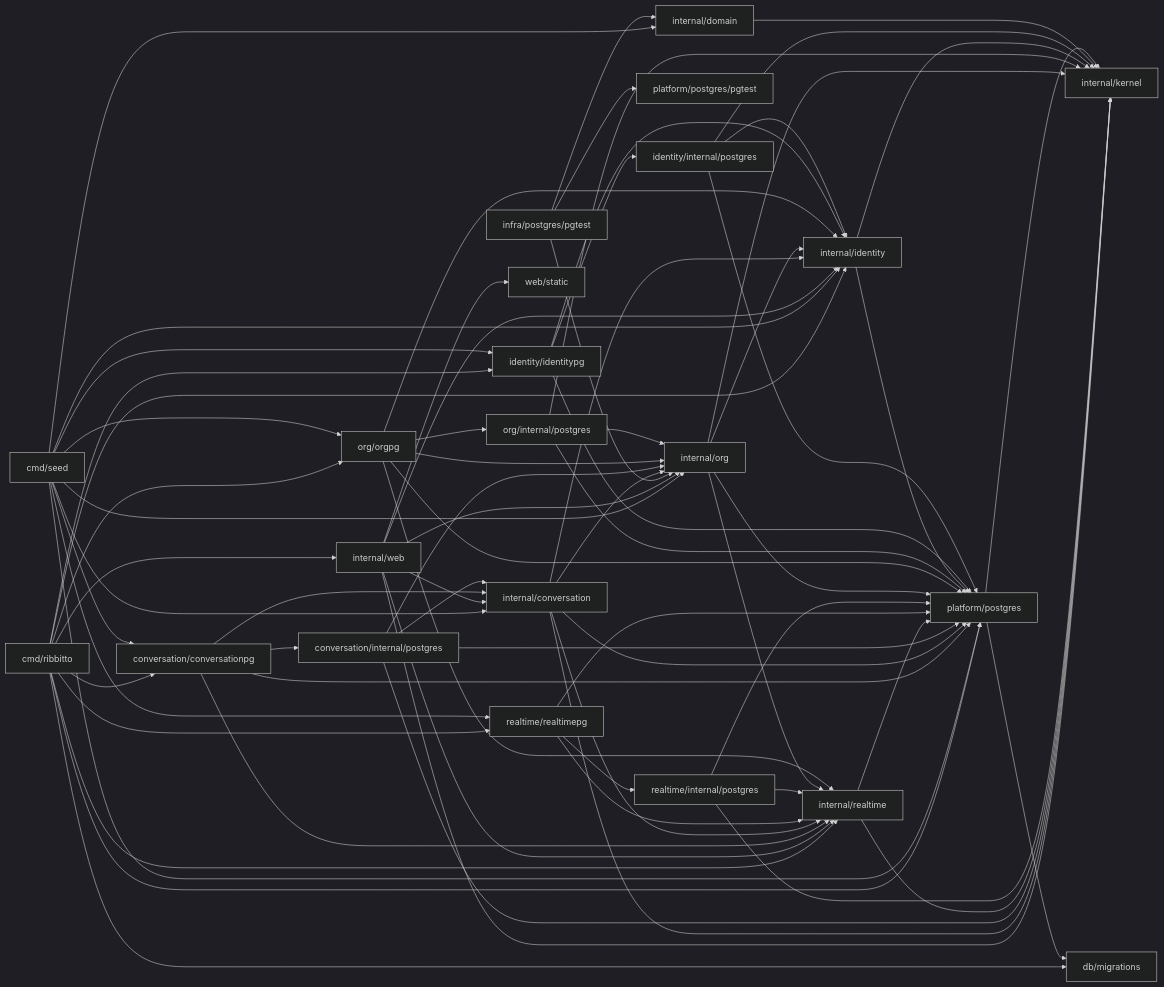
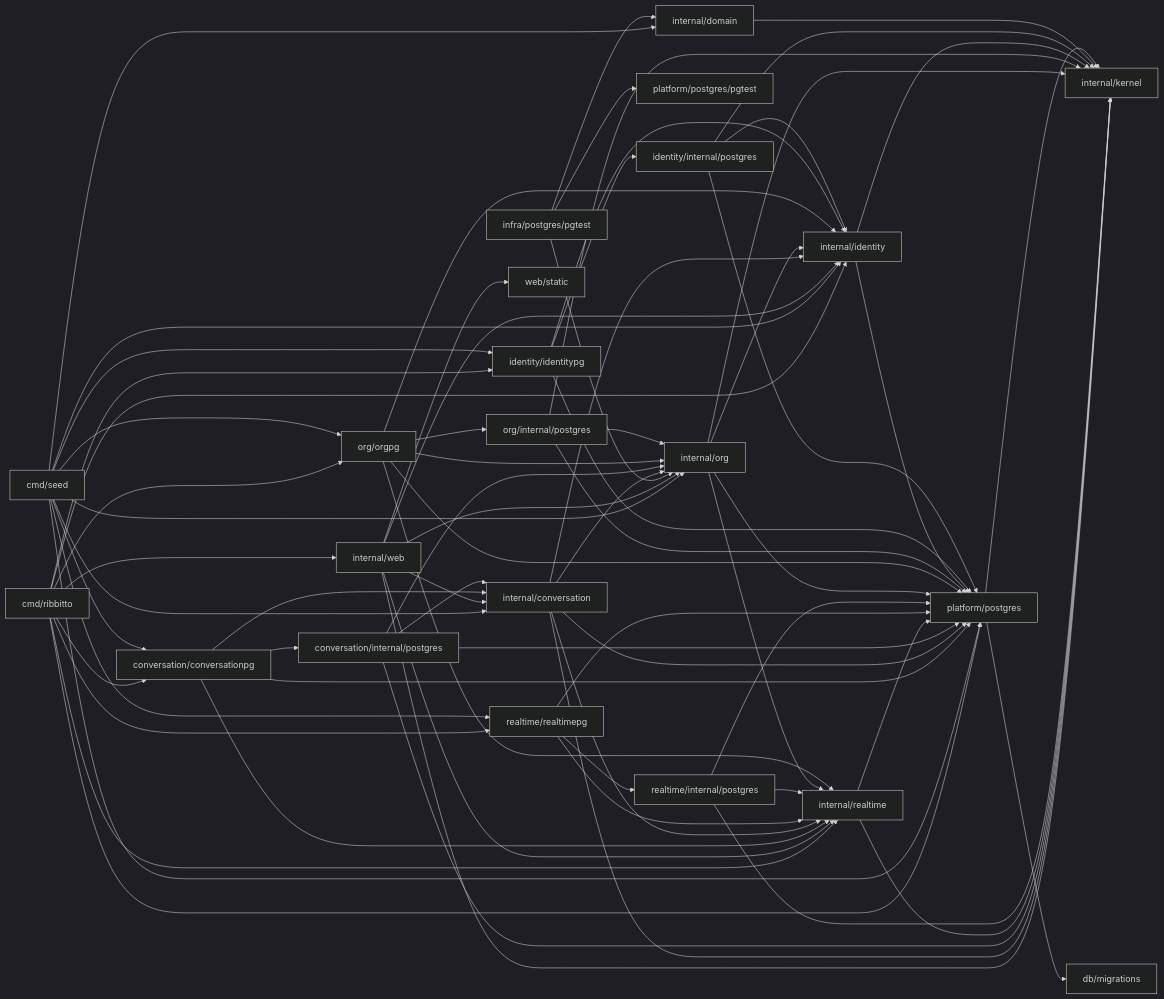
One commit to tkakkie/ribbitto changed the diagram in docs/architecture/packages.md. Above: the diagram before and after it, drawn with Mermaid (dark theme). The commit also changed other lines of this file and 11 other files, not shown here.

````diff
--- a/docs/architecture/packages.md
+++ b/docs/architecture/packages.md
@@ -38,21 +38,21 @@
 ```mermaid
 flowchart LR
-  cmd[cmd/ribbitto] --> web & orgpg[org/orgpg] & conversationpg[conversation/conversationpg] & identity & identitypg[identity/identitypg] & realtimepg & realtime & platform[platform/postgres] & migrations[db/migrations]
+  cmd[cmd/ribbitto] --> web & orgpg[org/orgpg] & conversationpg[conversation/conversationpg] & identity & identitypg[identity/identitypg] & realtimepg & realtime & platform[platform/postgres]
   seed[cmd/seed] --> conversation & conversationpg & org & orgpg & identity & identitypg & realtimepg & platform & domain
   web[internal/web] --> org & conversation & identity & kernel & realtime & static[web/static]
   postgres[infra/postgres/pgtest] --> org & domain & platformpgtest[platform/postgres/pgtest]
   conversationpg --> conversation[internal/conversation] & cstore[conversation/internal/postgres] & realtime & platform
   conversation --> identity & org & realtime & kernel & platform
   cstore --> conversation & org & platform & kernel
   realtime[internal/realtime] --> kernel & platform
   realtimepg[realtime/realtimepg] --> realtime & rstore[realtime/internal/postgres] & platform
   rstore --> realtime & platform & kernel
   org[internal/org] --> identity & realtime & kernel & platform
   orgpg --> org & ostore[org/internal/postgres] & platform & identity & realtime
   ostore --> org & platform & kernel
   identity[internal/identity] --> kernel & platform
   identitypg --> identity & store[identity/internal/postgres] & platform
   store --> identity & platform & kernel
   domain[internal/domain] --> kernel[internal/kernel]
-  platform --> kernel & migrations
+  platform --> kernel & migrations[db/migrations]
 ```
````
